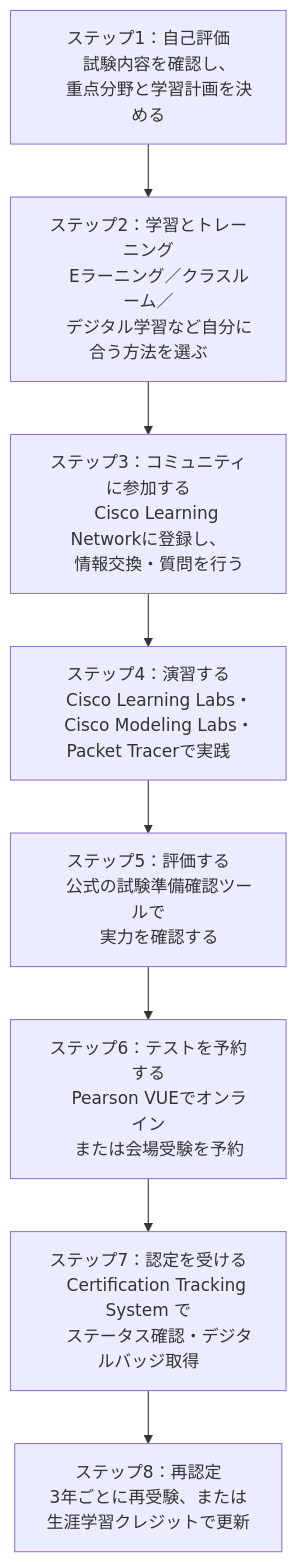
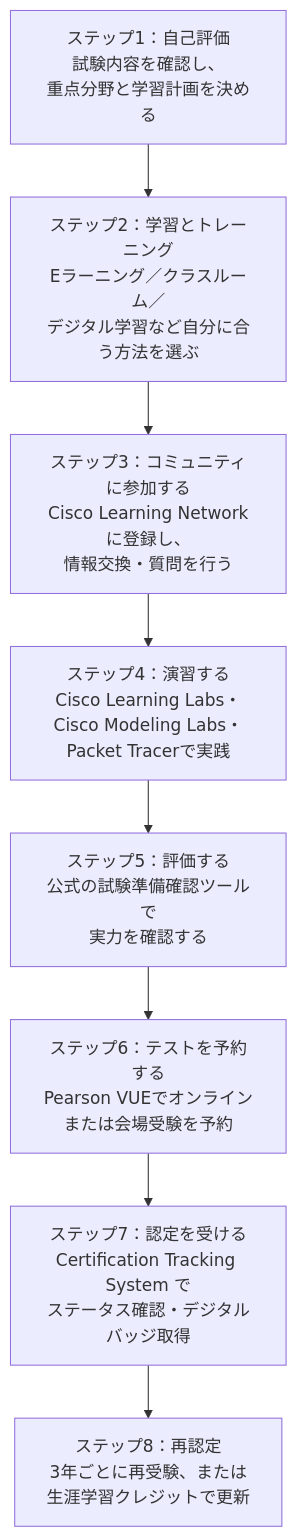
One commit to myoshi2891/Cloud-Infrastructure-Studies changed the fourth of 5 diagrams in Ccna-beginner-guide.md. Above: the diagram before and after it, drawn with Mermaid. The commit also changed other lines of this file, not shown here.

Commit message:
fix(docs): replace physical line breaks with <br/> in Mermaid node labels in Ccna-beginner-guide.md

````diff
--- a/Ccna-beginner-guide.md
+++ b/Ccna-beginner-guide.md
@@ -238,29 +228,13 @@
 ```mermaid
 flowchart TD
-    S1["ステップ1：自己評価
-    試験内容を確認し、
-    重点分野と学習計画を決める"]
-    S2["ステップ2：学習とトレーニング
-    Eラーニング／クラスルーム／
-    デジタル学習など自分に合う方法を選ぶ"]
-    S3["ステップ3：コミュニティに参加する
-    Cisco Learning Networkに登録し、
-    情報交換・質問を行う"]
-    S4["ステップ4：演習する
-    Cisco Learning Labs・
-    Cisco Modeling Labs・Packet Tracerで実践"]
-    S5["ステップ5：評価する
-    公式の試験準備確認ツールで
-    実力を確認する"]
-    S6["ステップ6：テストを予約する
-    Pearson VUEでオンライン
-    または会場受験を予約"]
-    S7["ステップ7：認定を受ける
-    Certification Tracking System で
-    ステータス確認・デジタルバッジ取得"]
-    S8["ステップ8：再認定
-    3年ごとに再受験、または
-    生涯学習クレジットで更新"]
+    S1["ステップ1：自己評価<br/>試験内容を確認し、<br/>重点分野と学習計画を決める"]
+    S2["ステップ2：学習とトレーニング<br/>Eラーニング／クラスルーム／<br/>デジタル学習など自分に合う方法を選ぶ"]
+    S3["ステップ3：コミュニティに参加する<br/>Cisco Learning Networkに登録し、<br/>情報交換・質問を行う"]
+    S4["ステップ4：演習する<br/>Cisco Learning Labs・<br/>Cisco Modeling Labs・Packet Tracerで実践"]
+    S5["ステップ5：評価する<br/>公式の試験準備確認ツールで<br/>実力を確認する"]
+    S6["ステップ6：テストを予約する<br/>Pearson VUEでオンライン<br/>または会場受験を予約"]
+    S7["ステップ7：認定を受ける<br/>Certification Tracking System で<br/>ステータス確認・デジタルバッジ取得"]
+    S8["ステップ8：再認定<br/>3年ごとに再受験、または<br/>生涯学習クレジットで更新"]
 
     S1 --> S2 --> S3 --> S4 --> S5 --> S6 --> S7 --> S8
 ```
````
